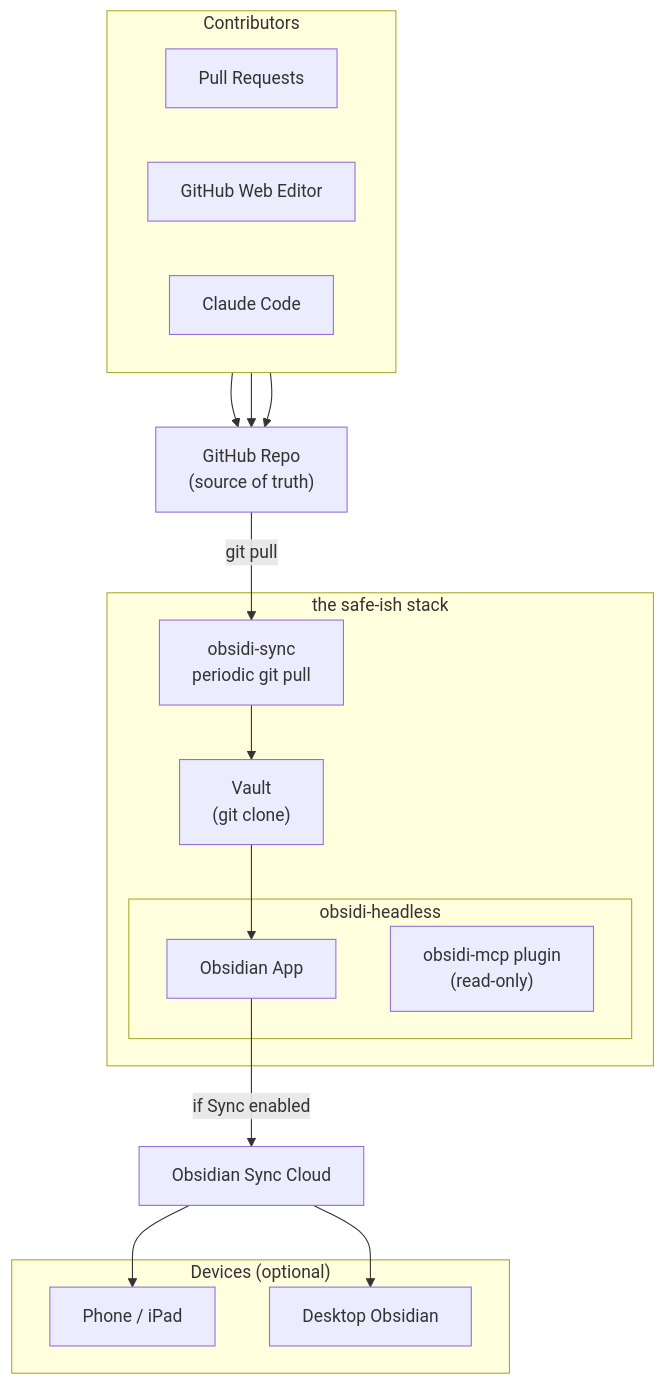
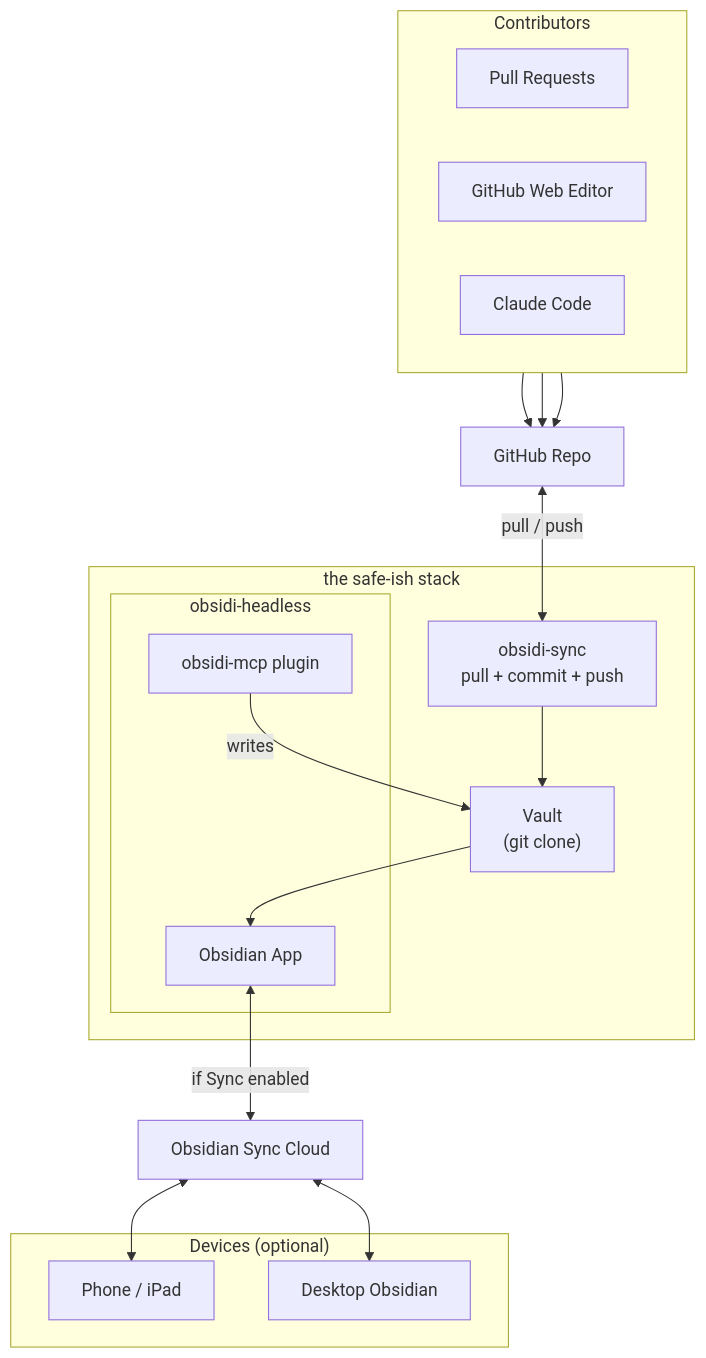
Before and after one commit to cameronsjo/obaass: the diagram in docs/github-obsidian-sync.md, drawn with Mermaid. The commit also changed other lines of this file, not shown here.

First line of the commit message:
docs: make GitHub <-> Obsidian sync bidirectional

````diff
--- a/docs/github-obsidian-sync.md
+++ b/docs/github-obsidian-sync.md
@@ -60,40 +65,42 @@
 ```mermaid
 graph TB
     subgraph contributors["Contributors"]
         direction LR
         pr["Pull Requests"]
         web["GitHub Web Editor"]
         claude_code["Claude Code"]
     end
 
-    github["GitHub Repo<br/>(source of truth)"]
+    github["GitHub Repo"]
 
     subgraph server["the safe-ish stack"]
-        sync_svc["obsidi-sync<br/>periodic git pull"]
+        sync_svc["obsidi-sync<br/>pull + commit + push"]
 
         subgraph headless["obsidi-headless"]
             obs_app["Obsidian App"]
-            obs_mcp["obsidi-mcp plugin<br/>(read-only)"]
+            obs_mcp["obsidi-mcp plugin"]
         end
 
         vault["Vault<br/>(git clone)"]
     end
 
     sync_cloud["Obsidian Sync Cloud"]
 
     subgraph devices["Devices (optional)"]
         phone["Phone / iPad"]
         desktop["Desktop Obsidian"]
     end
 
     pr --> github
     web --> github
     claude_code --> github
 
-    github -->|git pull| sync_svc
+    github <-->|pull / push| sync_svc
     sync_svc --> vault
     vault --> obs_app
-    obs_app -->|if Sync enabled| sync_cloud
-    sync_cloud --> phone
-    sync_cloud --> desktop
+    obs_mcp -->|writes| vault
+
+    obs_app <-->|if Sync enabled| sync_cloud
+    sync_cloud <--> phone
+    sync_cloud <--> desktop
 ```
````
